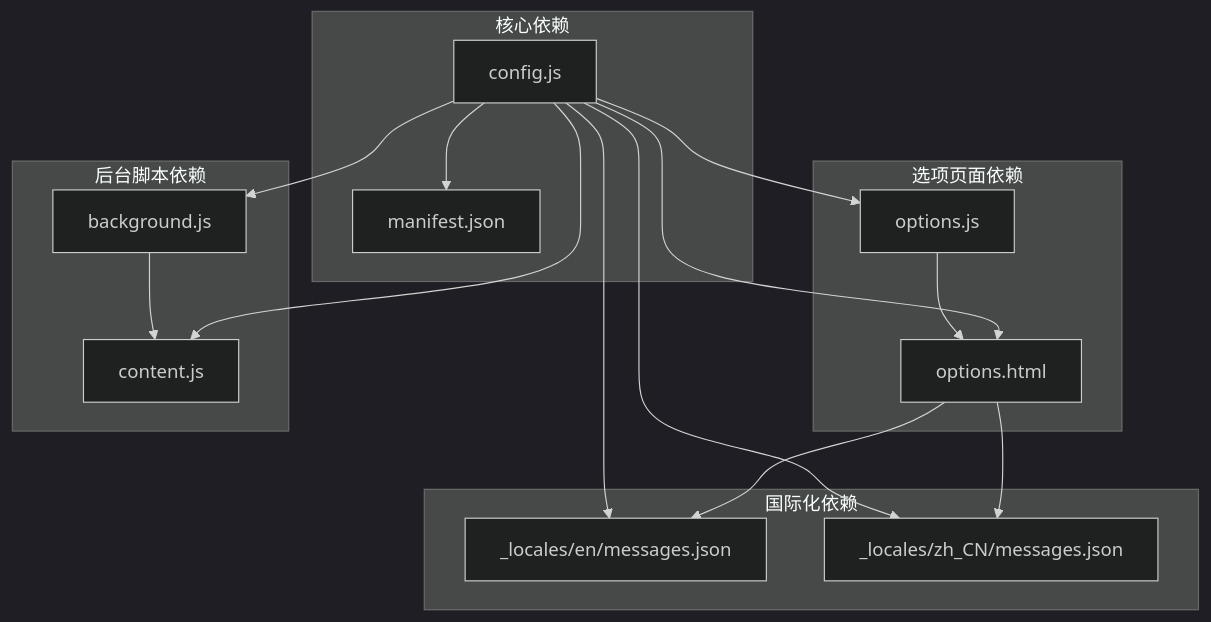
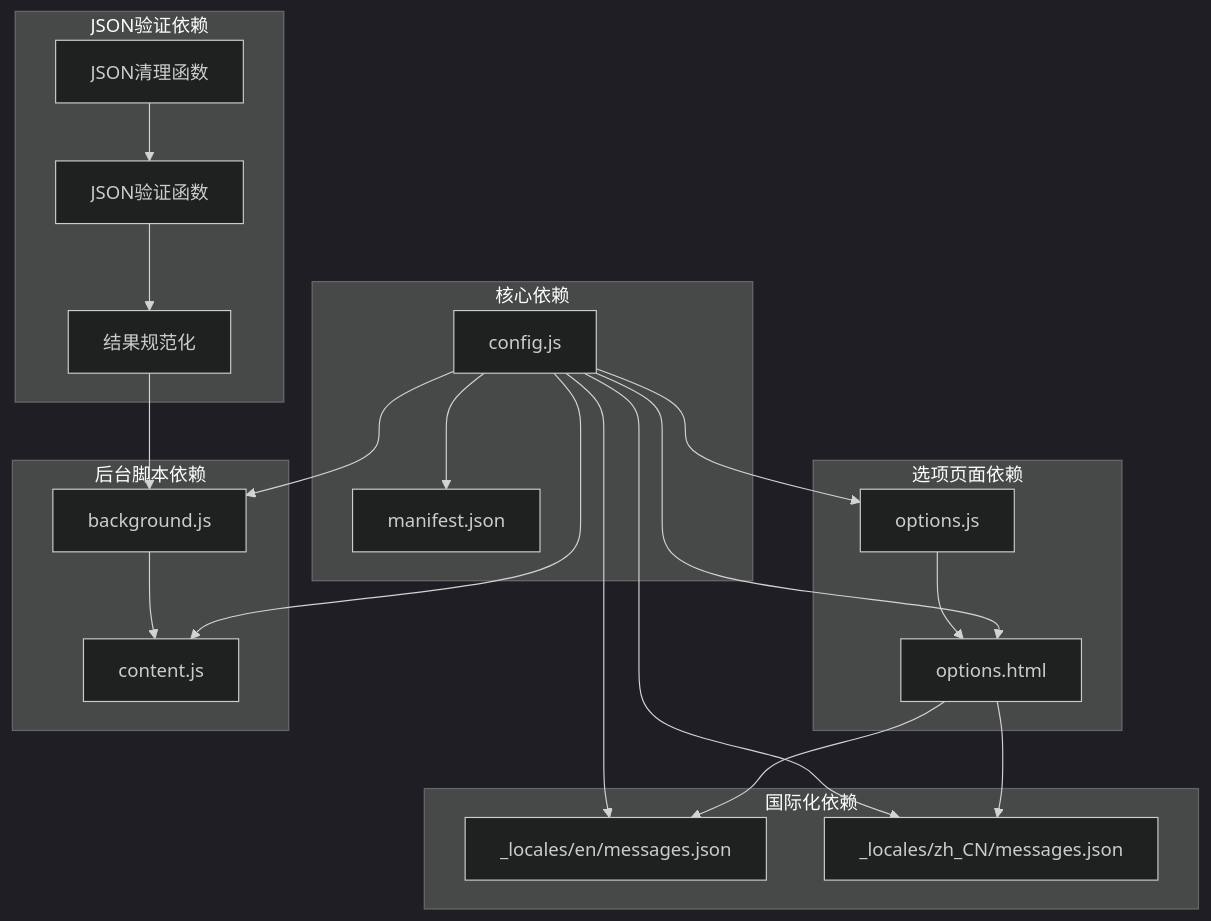
The eighth of 11 diagrams in .qoder/repowiki/zh/content/技术架构/核心模块分析/配置管理模块 (config.js).md (binasi/Img2Prompt), drawn with Mermaid (dark theme) before and after one commit. The commit also changed other lines of this file and 8 other files, not shown here.

````diff
--- a/.qoder/repowiki/zh/content/技术架构/核心模块分析/配置管理模块 (config.js).md
+++ b/.qoder/repowiki/zh/content/技术架构/核心模块分析/配置管理模块 (config.js).md
@@ -466,30 +519,38 @@
 ```mermaid
 graph TB
 subgraph "核心依赖"
 Config[config.js]
 Manifest[manifest.json]
 end
 subgraph "选项页面依赖"
 OptionsJS[options.js]
 OptionsHTML[options.html]
 end
 subgraph "后台脚本依赖"
 BackgroundJS[background.js]
 ContentJS[content.js]
 end
 subgraph "国际化依赖"
 EnMessages[_locales/en/messages.json]
 ZhMessages[_locales/zh_CN/messages.json]
 end
+subgraph "JSON验证依赖"
+SanitizeJSON[JSON清理函数]
+ValidateJSON[JSON验证函数]
+NormalizeResult[结果规范化]
+end
 Config --> OptionsJS
 Config --> BackgroundJS
 Config --> ContentJS
 Config --> OptionsHTML
 Config --> Manifest
 OptionsJS --> OptionsHTML
 BackgroundJS --> ContentJS
 OptionsHTML --> EnMessages
 OptionsHTML --> ZhMessages
 Config --> EnMessages
 Config --> ZhMessages
+SanitizeJSON --> ValidateJSON
+ValidateJSON --> NormalizeResult
+NormalizeResult --> BackgroundJS
 ```
````
